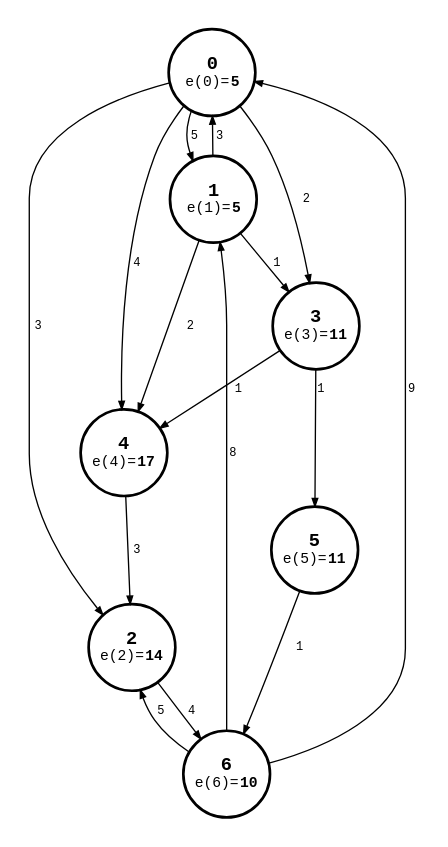
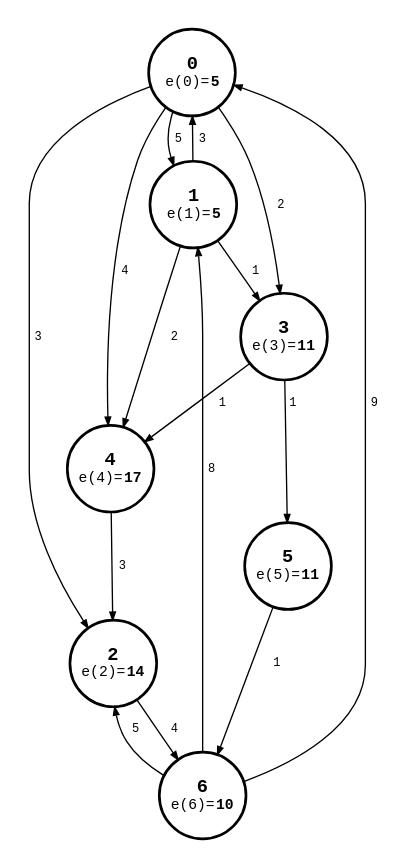
The diagram in src/distance_matrix_eccentricities_1-0.87.2.dot (bsdrks/graaf-images), drawn with Graphviz before and after one commit. The commit also changed 7 other files, not shown here.

```diff
--- a/src/distance_matrix_eccentricities_1-0.87.2.dot
+++ b/src/distance_matrix_eccentricities_1-0.87.2.dot
@@ -7,7 +7,6 @@
     pad=0.2;
     // newrank=true;
     // splines=line
-    nodesep=0.3;
     ranksep=0.2;
 
     0 [
@@ -103,7 +102,7 @@
 
     0 -> 1 [
         label=<
-            <table border="0" cellpadding="2" cellspacing="0">
+            <table border="0" cellpadding="4" cellspacing="0">
                 <tr>
                     <td>5</td>
                 </tr>
@@ -123,7 +122,7 @@
 
     0 -> 3 [
         label=<
-            <table border="0" cellpadding="2" cellspacing="0">
+            <table border="0" cellpadding="4" cellspacing="0">
                 <tr>
                     <td>2</td>
                 </tr>
@@ -133,7 +132,7 @@
 
     0 -> 4 [
         label=<
-            <table border="0" cellpadding="2" cellspacing="0">
+            <table border="0" cellpadding="4" cellspacing="0">
                 <tr>
                     <td>4</td>
                 </tr>
@@ -143,7 +142,7 @@
 
     1 -> 0 [
         label=<
-            <table border="0" cellpadding="2" cellspacing="0">
+            <table border="0" cellpadding="4" cellspacing="0">
                 <tr>
                     <td>3</td>
                 </tr>
@@ -153,7 +152,7 @@
 
     1 -> 3 [
         label=<
-            <table border="0" cellpadding="2" cellspacing="0">
+            <table border="0" cellpadding="4" cellspacing="0">
                 <tr>
                     <td>1</td>
                 </tr>
@@ -163,7 +162,7 @@
 
     1 -> 4 [
         label=<
-            <table border="0" cellpadding="2" cellspacing="0">
+            <table border="0" cellpadding="4" cellspacing="0">
                 <tr>
                     <td>2</td>
                 </tr>
@@ -173,7 +172,7 @@
 
     2 -> 6 [
         label=<
-            <table border="0" cellpadding="2" cellspacing="0">
+            <table border="0" cellpadding="4" cellspacing="0">
                 <tr>
                     <td>4</td>
                 </tr>
@@ -183,7 +182,7 @@
 
     3 -> 4 [
         label=<
-            <table border="0" cellpadding="2" cellspacing="0">
+            <table border="0" cellpadding="4" cellspacing="0">
                 <tr>
                     <td>1</td>
                 </tr>
@@ -193,7 +192,7 @@
 
     3 -> 5 [
         label=<
-            <table border="0" cellpadding="2" cellspacing="0">
+            <table border="0" cellpadding="4" cellspacing="0">
                 <tr>
                     <td>1</td>
                 </tr>
@@ -203,7 +202,7 @@
 
     4 -> 2 [
         label=<
-            <table border="0" cellpadding="2" cellspacing="0">
+            <table border="0" cellpadding="4" cellspacing="0">
                 <tr>
                     <td>3</td>
                 </tr>
@@ -213,7 +212,7 @@
 
     5 -> 6 [
         label=<
-            <table border="0" cellpadding="2" cellspacing="0">
+            <table border="0" cellpadding="4" cellspacing="0">
                 <tr>
                     <td>1</td>
                 </tr>
@@ -223,7 +222,7 @@
 
     6 -> 0 [
         label=<
-            <table border="0" cellpadding="2" cellspacing="0">
+            <table border="0" cellpadding="4" cellspacing="0">
                 <tr>
                     <td>9</td>
                 </tr>
@@ -234,7 +233,7 @@
 
     6 -> 1 [
         label=<
-            <table border="0" cellpadding="2" cellspacing="0">
+            <table border="0" cellpadding="4" cellspacing="0">
                 <tr>
                     <td>8</td>
                 </tr>
@@ -244,7 +243,7 @@
 
     6 -> 2 [
         label=<
-            <table border="0" cellpadding="2" cellspacing="0">
+            <table border="0" cellpadding="4" cellspacing="0">
                 <tr>
                     <td>5</td>
                 </tr>
```
